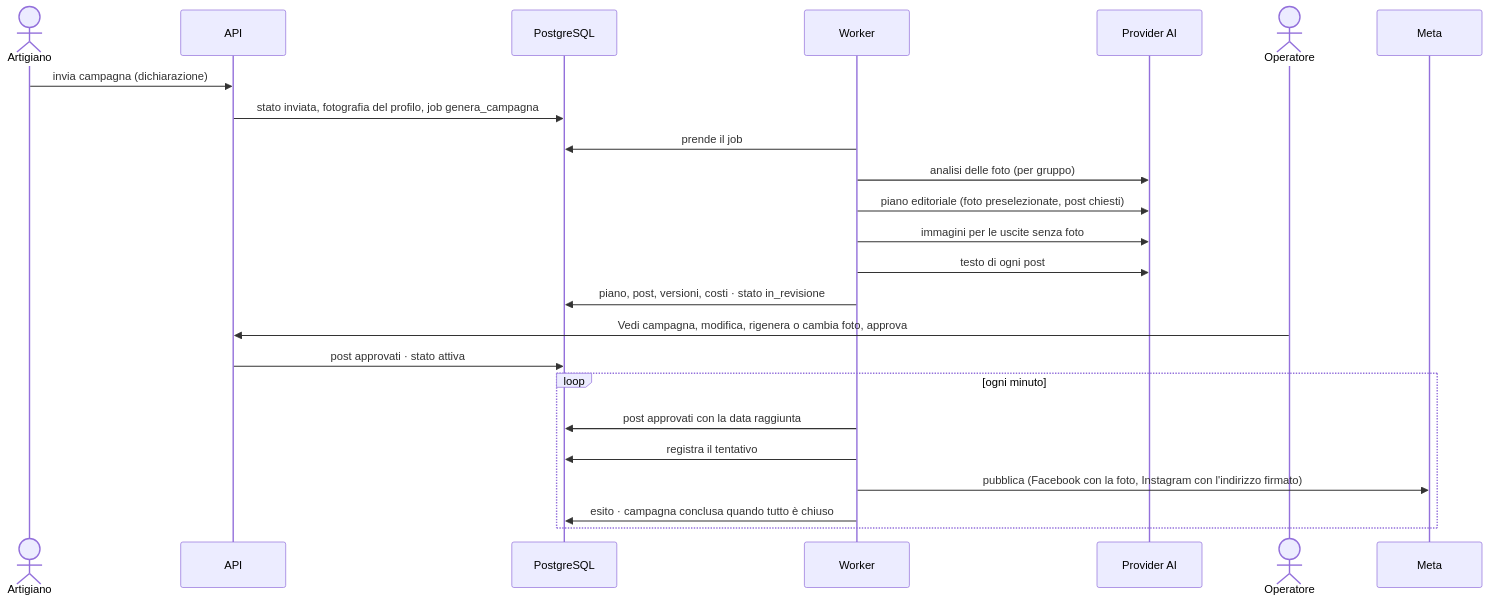
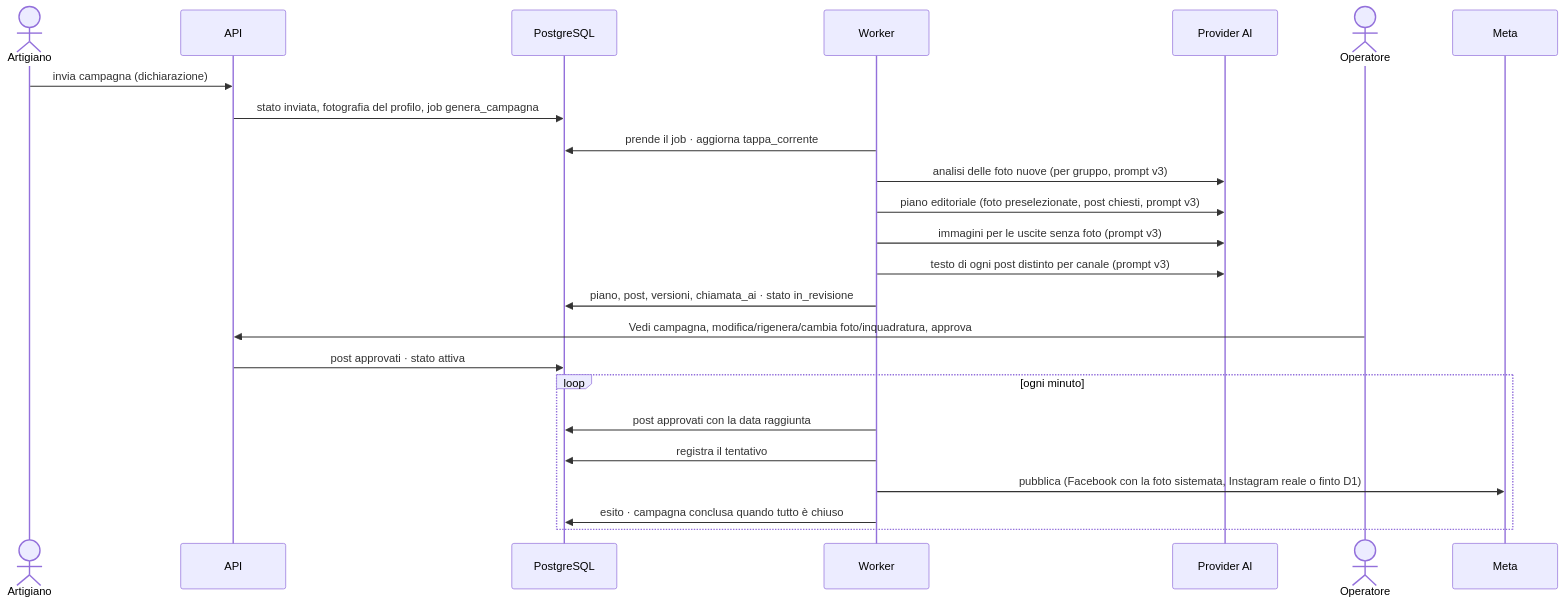
The fourth of 5 diagrams in docs/proposta-tecnica.md (Full-Stack-AI-ADFlow-Suite-Project/adflow-suite), drawn with Mermaid before and after one commit. The commit also changed other lines of this file and 1 other file, not shown here.

````diff
--- a/docs/proposta-tecnica.md
+++ b/docs/proposta-tecnica.md
@@ -212,26 +217,26 @@
 ```mermaid
 sequenceDiagram
   actor A as Artigiano
   participant API
   participant DB as PostgreSQL
   participant W as Worker
   participant AI as Provider AI
   actor O as Operatore
   participant M as Meta
   A->>API: invia campagna (dichiarazione)
   API->>DB: stato inviata, fotografia del profilo, job genera_campagna
-  W->>DB: prende il job
-  W->>AI: analisi delle foto (per gruppo)
-  W->>AI: piano editoriale (foto preselezionate, post chiesti)
-  W->>AI: immagini per le uscite senza foto
-  W->>AI: testo di ogni post
-  W->>DB: piano, post, versioni, costi · stato in_revisione
-  O->>API: Vedi campagna, modifica, rigenera o cambia foto, approva
+  W->>DB: prende il job · aggiorna tappa_corrente
+  W->>AI: analisi delle foto nuove (per gruppo, prompt v3)
+  W->>AI: piano editoriale (foto preselezionate, post chiesti, prompt v3)
+  W->>AI: immagini per le uscite senza foto (prompt v3)
+  W->>AI: testo di ogni post distinto per canale (prompt v3)
+  W->>DB: piano, post, versioni, chiamata_ai · stato in_revisione
+  O->>API: Vedi campagna, modifica/rigenera/cambia foto/inquadratura, approva
   API->>DB: post approvati · stato attiva
   loop ogni minuto
     W->>DB: post approvati con la data raggiunta
     W->>DB: registra il tentativo
-    W->>M: pubblica (Facebook con la foto, Instagram con l'indirizzo firmato)
+    W->>M: pubblica (Facebook con la foto sistemata, Instagram reale o finto D1)
     W->>DB: esito · campagna conclusa quando tutto è chiuso
   end
 ```
````
